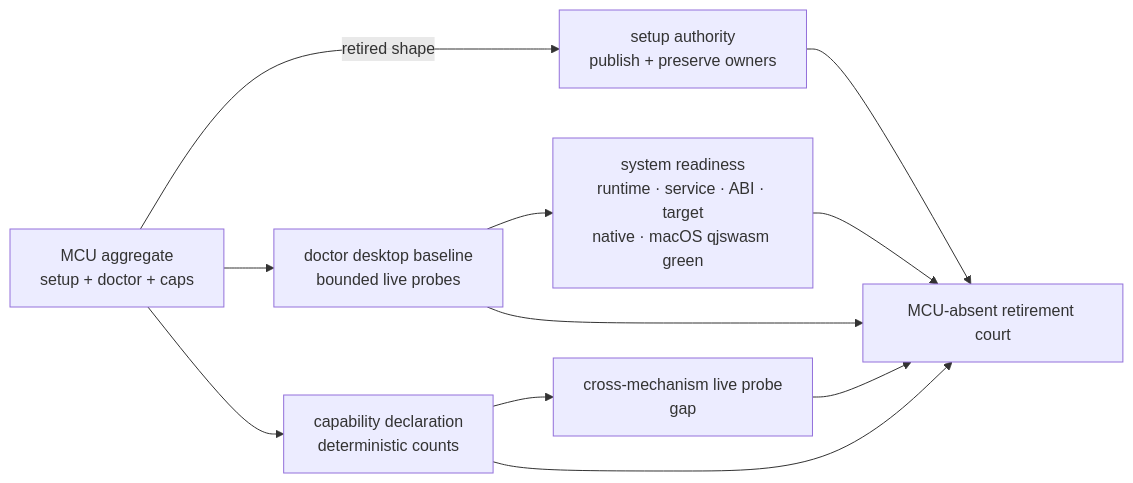
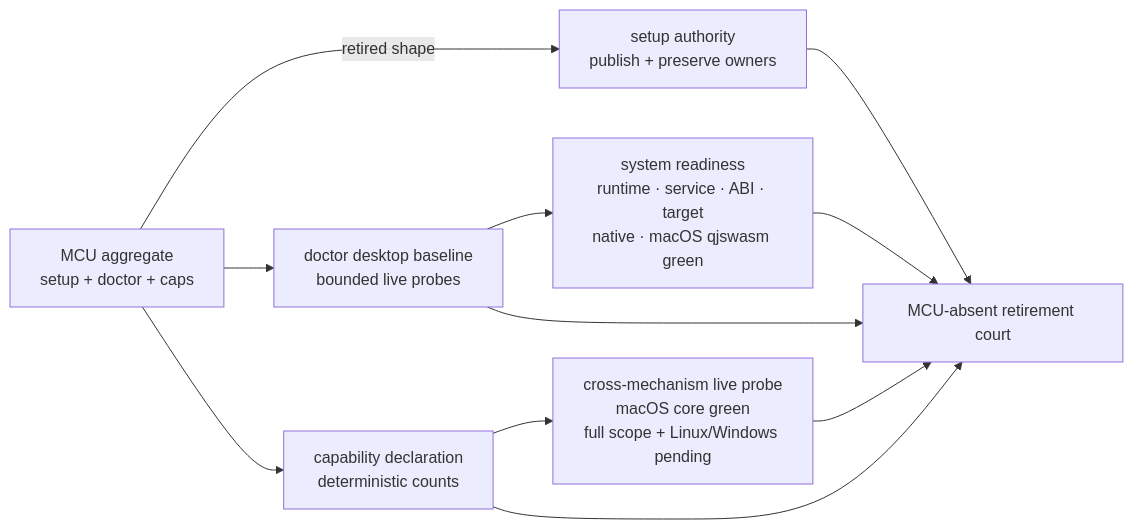
The tenth of 15 diagrams in prd/PRD_02_28_agenterm_cu.md (partnernetsoftware/agenterm), drawn with Mermaid before and after one commit. The commit also changed other lines of this file and 19 other files, not shown here.

````diff
--- a/prd/PRD_02_28_agenterm_cu.md
+++ b/prd/PRD_02_28_agenterm_cu.md
@@ -852,9 +858,9 @@
 ```mermaid
 flowchart LR
   OLD["MCU aggregate<br/>setup + doctor + caps"] -->|retired shape| SET["setup authority<br/>publish + preserve owners"]
   OLD --> BASE["doctor desktop baseline<br/>bounded live probes"]
   OLD --> DECL["capability declaration<br/>deterministic counts"]
   BASE --> SYS["system readiness<br/>runtime · service · ABI · target<br/>native · macOS qjswasm green"]
-  DECL --> LIVE["cross-mechanism live probe<br/>gap"]
+  DECL --> LIVE["cross-mechanism live probe<br/>macOS core green<br/>full scope + Linux/Windows pending"]
   SET & BASE & DECL & SYS & LIVE --> RET["MCU-absent retirement court"]
 ```
````
